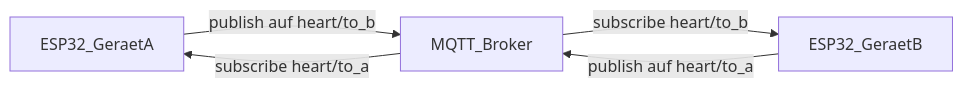
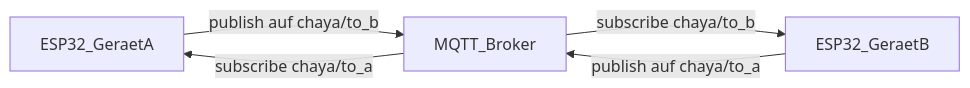
One commit to EyJunge1/chaya2mqtt changed the second of 4 diagrams in docs/ARCHITECTURE.md. Above: the diagram before and after it, drawn with Mermaid. The commit also changed other lines of this file and 11 other files, not shown here.

````diff
--- a/docs/ARCHITECTURE.md
+++ b/docs/ARCHITECTURE.md
@@ -51,11 +51,11 @@
 ```mermaid
 flowchart LR
     devA[ESP32_GeraetA]
     devB[ESP32_GeraetB]
     broker[MQTT_Broker]
 
-    devA -->|"publish auf heart/to_b"| broker
-    broker -->|"subscribe heart/to_b"| devB
-    devB -->|"publish auf heart/to_a"| broker
-    broker -->|"subscribe heart/to_a"| devA
+    devA -->|"publish auf chaya/to_b"| broker
+    broker -->|"subscribe chaya/to_b"| devB
+    devB -->|"publish auf chaya/to_a"| broker
+    broker -->|"subscribe chaya/to_a"| devA
 ```
````
